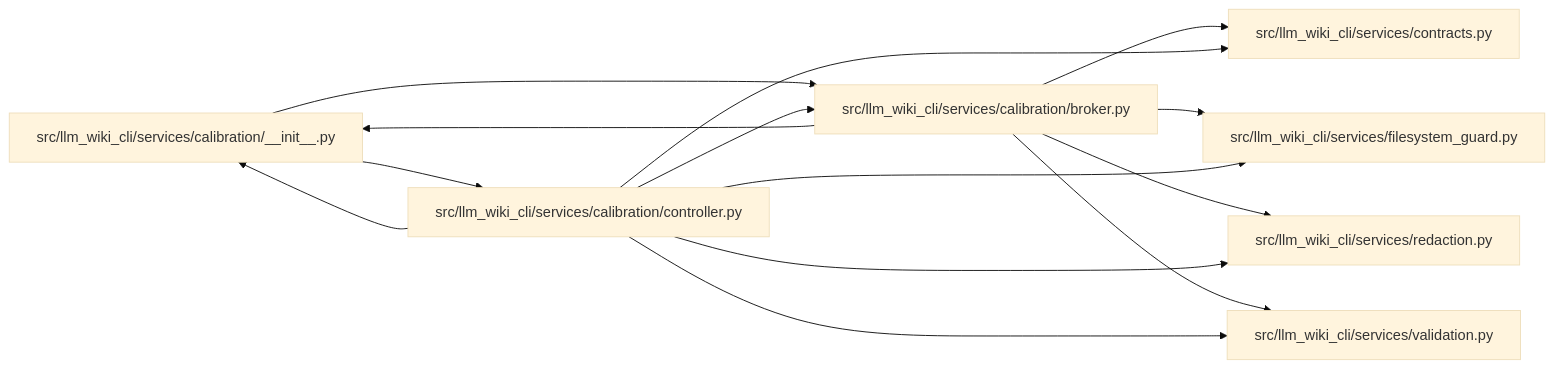
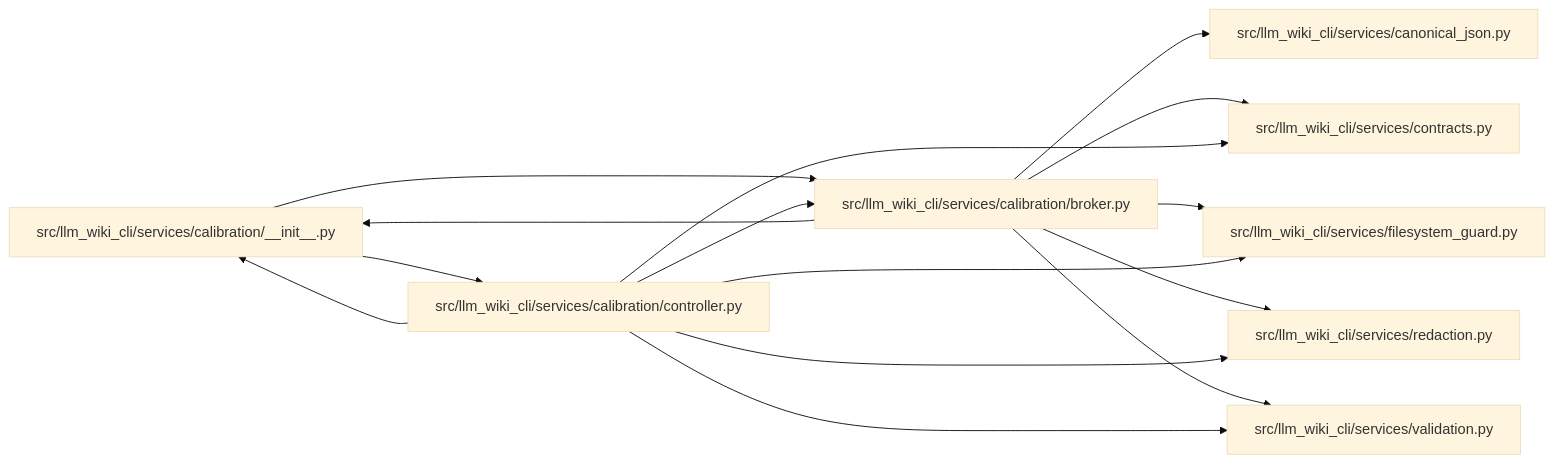
The diagram in docs/llm_wiki/modules/broker.md (Denissvgn/python-wiki-llm), drawn with Mermaid (base theme) before and after one commit. The commit also changed other lines of this file and 1555 other files, not shown here.

````diff
--- a/docs/llm_wiki/modules/broker.md
+++ b/docs/llm_wiki/modules/broker.md
@@ -56,30 +57,33 @@
 ```mermaid
 flowchart LR
     n0["src/llm_wiki_cli/services/calibration/__init__.py"]
     n1["src/llm_wiki_cli/services/calibration/broker.py"]
     n2["src/llm_wiki_cli/services/calibration/controller.py"]
-    n3["src/llm_wiki_cli/services/contracts.py"]
-    n4["src/llm_wiki_cli/services/filesystem_guard.py"]
-    n5["src/llm_wiki_cli/services/redaction.py"]
-    n6["src/llm_wiki_cli/services/validation.py"]
+    n3["src/llm_wiki_cli/services/canonical_json.py"]
+    n4["src/llm_wiki_cli/services/contracts.py"]
+    n5["src/llm_wiki_cli/services/filesystem_guard.py"]
+    n6["src/llm_wiki_cli/services/redaction.py"]
+    n7["src/llm_wiki_cli/services/validation.py"]
     n0 --> n1
     n0 --> n2
     n1 --> n0
     n1 --> n3
     n1 --> n4
     n1 --> n5
     n1 --> n6
+    n1 --> n7
     n2 --> n0
     n2 --> n1
-    n2 --> n3
     n2 --> n4
     n2 --> n5
     n2 --> n6
+    n2 --> n7
     click n0 "../modules/calibration___init__.md"
     click n1 "../modules/broker.md"
     click n2 "../modules/controller.md"
-    click n3 "../modules/services_contracts.md"
-    click n4 "../modules/filesystem_guard.md"
-    click n5 "../modules/redaction.md"
-    click n6 "../modules/validation.md"
+    click n3 "../modules/canonical_json.md"
+    click n4 "../modules/services_contracts.md"
+    click n5 "../modules/filesystem_guard.md"
+    click n6 "../modules/redaction.md"
+    click n7 "../modules/validation.md"
 ```
````
